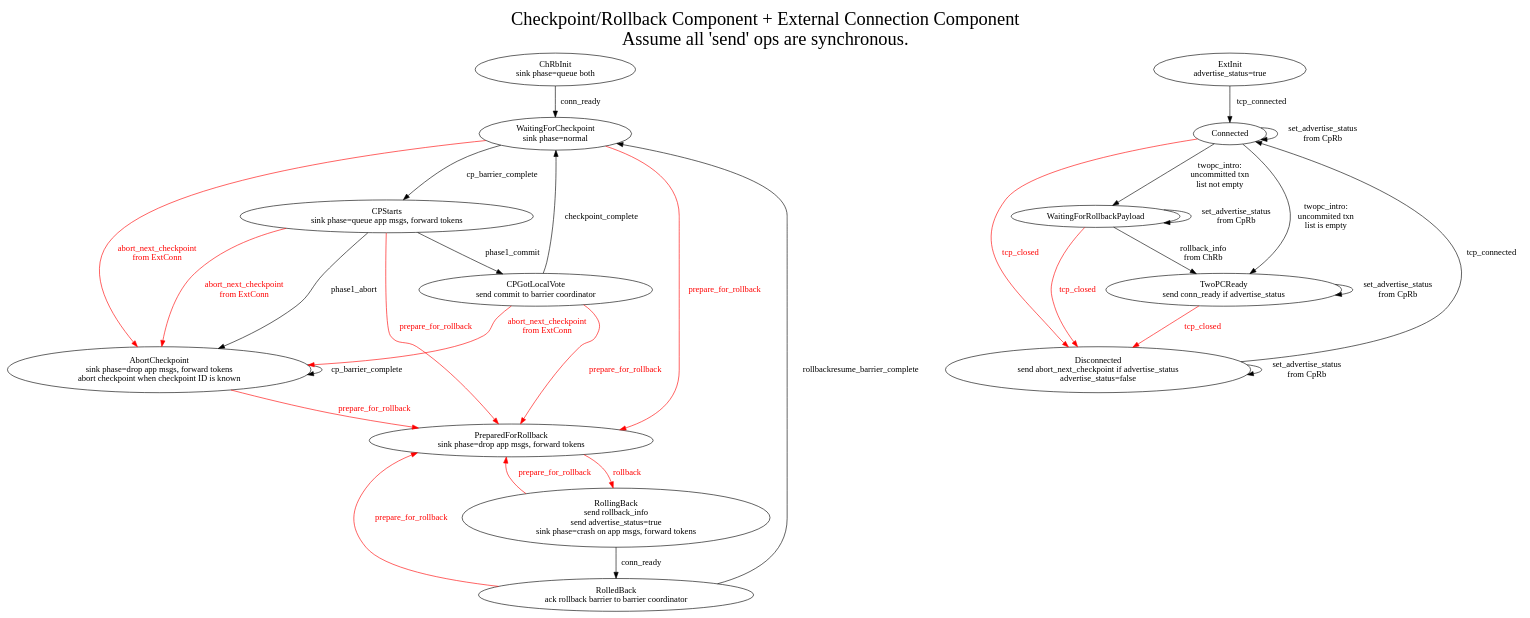
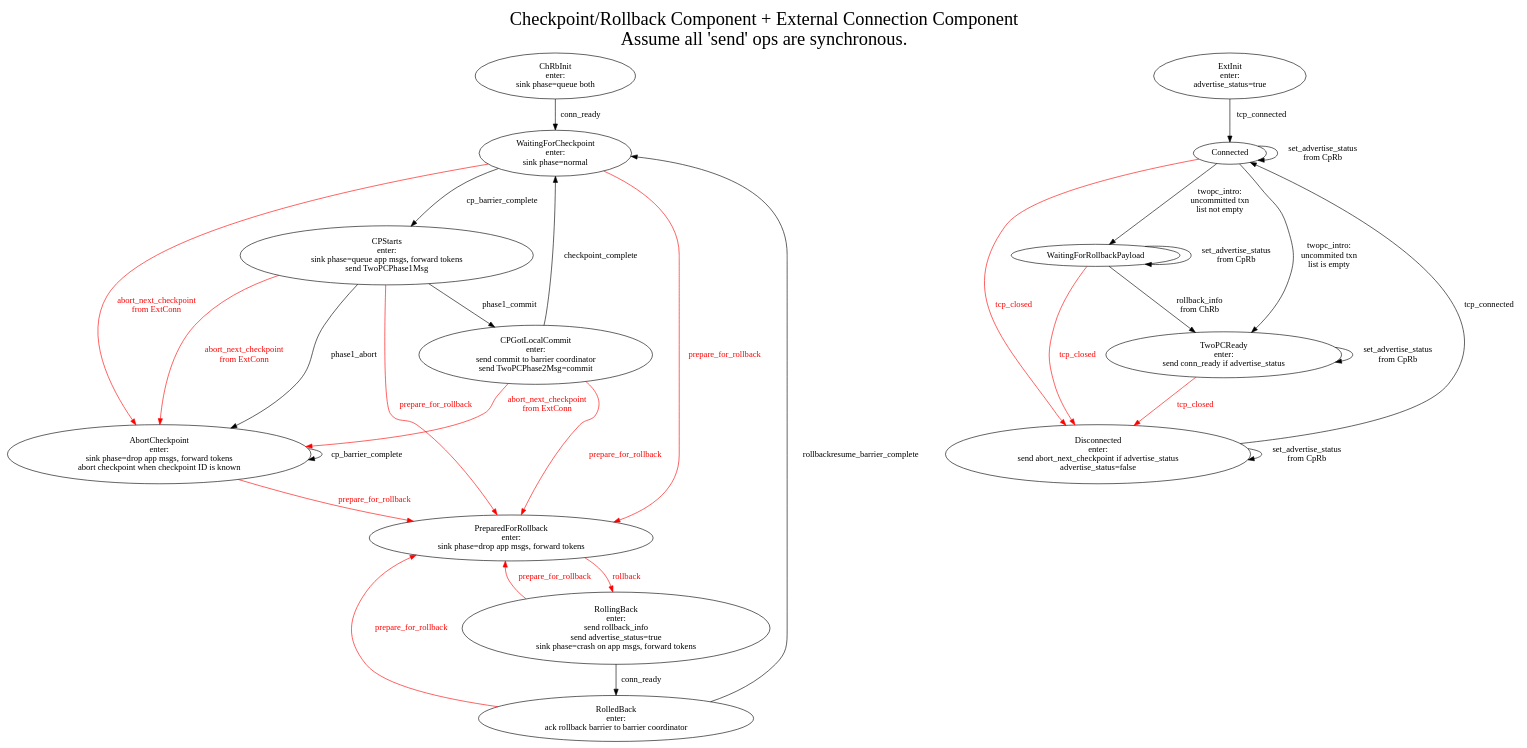
Before and after one commit to WallarooLabs/wally: the diagram in lib/wallaroo/core/sink/connector_sink/connector-sink-2pc-management.dot, drawn with Graphviz. The commit also changed 4 other files, not shown here.

```diff
--- a/lib/wallaroo/core/sink/connector_sink/connector-sink-2pc-management.dot
+++ b/lib/wallaroo/core/sink/connector_sink/connector-sink-2pc-management.dot
@@ -1,81 +1,81 @@
 digraph mashup {
     graph [label="Checkpoint/Rollback Component + External Connection Component\nAssume all 'send' ops are synchronous.",labelloc=t,fontsize=30];
 
     ## BEGIN LEFT
     subgraph checkpoint_rollback_component {
 	graph [label="SUB Checkpoint/Rollback Component",labelloc=t,fontsize=20];
 
 	// Subgraphs
 	subgraph init {
-            ChRbInit [label="ChRbInit\nsink phase=queue both"];
+            ChRbInit [label="ChRbInit\nenter:\nsink phase=queue both"];
 	}
 	subgraph cp {
-            WaitingForCheckpoint [label="WaitingForCheckpoint\nsink phase=normal"];
-            AbortCheckpoint [label="AbortCheckpoint\nsink phase=drop app msgs, forward tokens\nabort checkpoint when checkpoint ID is known"];
+            WaitingForCheckpoint [label="WaitingForCheckpoint\nenter:\nsink phase=normal"];
+            AbortCheckpoint [label="AbortCheckpoint\nenter:\nsink phase=drop app msgs, forward tokens\nabort checkpoint when checkpoint ID is known"];
 	}
 	subgraph sacp {
-            CPStarts [label="CPStarts\nsink phase=queue app msgs, forward tokens"];
-            CPGotLocalVote [label="CPGotLocalVote\nsend commit to barrier coordinator"];
+            CPStarts [label="CPStarts\nenter:\nsink phase=queue app msgs, forward tokens\nsend TwoPCPhase1Msg"];
+            CPGotLocalCommit [label="CPGotLocalCommit\nenter:\nsend commit to barrier coordinator\nsend TwoPCPhase2Msg=commit"];
             // CPGotGlobalVote; // Can we remove this node?
 
-                                    CPStarts -> CPGotLocalVote [label="phase1_commit"];
+            CPStarts -> CPGotLocalCommit [label="phase1_commit"];
             CPStarts -> AbortCheckpoint [label="phase1_abort"];
-            CPGotLocalVote -> WaitingForCheckpoint [label="checkpoint_complete"];
+            CPGotLocalCommit -> WaitingForCheckpoint [label="checkpoint_complete"];
 	}
 	subgraph rollback {
-            PreparedForRollback [label="PreparedForRollback\nsink phase=drop app msgs, forward tokens"];
-            RollingBack [label="RollingBack\nsend rollback_info\nsend advertise_status=true\nsink phase=crash on app msgs, forward tokens"];
-            RolledBack [label="RolledBack\nack rollback barrier to barrier coordinator"];
+            PreparedForRollback [label="PreparedForRollback\nenter:\nsink phase=drop app msgs, forward tokens"];
+            RollingBack [label="RollingBack\nenter:\nsend rollback_info\nsend advertise_status=true\nsink phase=crash on app msgs, forward tokens"];
+            RolledBack [label="RolledBack\nenter:\nack rollback barrier to barrier coordinator"];
 
             PreparedForRollback -> RollingBack [label="rollback",fontcolor=red,color=red];
 	}
 
 	// Other Edges
 	ChRbInit -> WaitingForCheckpoint [label="conn_ready"];
 
 	WaitingForCheckpoint -> CPStarts [label="cp_barrier_complete"];
 	AbortCheckpoint -> AbortCheckpoint [label="cp_barrier_complete"];
 
 	WaitingForCheckpoint -> PreparedForRollback [label="prepare_for_rollback",fontcolor=red,color=red];
 	AbortCheckpoint -> PreparedForRollback [label="prepare_for_rollback",fontcolor=red,color=red];
 	CPStarts -> PreparedForRollback [label="prepare_for_rollback",fontcolor=red,color=red];
-	CPGotLocalVote -> PreparedForRollback [label="prepare_for_rollback",fontcolor=red,color=red];
+	CPGotLocalCommit -> PreparedForRollback [label="prepare_for_rollback",fontcolor=red,color=red];
 
 	WaitingForCheckpoint -> AbortCheckpoint [label="abort_next_checkpoint\nfrom ExtConn",fontcolor=red,color=red];
 	CPStarts -> AbortCheckpoint [label="abort_next_checkpoint\nfrom ExtConn",fontcolor=red,color=red];
-	CPGotLocalVote -> AbortCheckpoint [label="abort_next_checkpoint\nfrom ExtConn",fontcolor=red,color=red];
+	CPGotLocalCommit -> AbortCheckpoint [label="abort_next_checkpoint\nfrom ExtConn",fontcolor=red,color=red];
 
 	RollingBack -> RolledBack [label="conn_ready"];
 	RollingBack -> PreparedForRollback [label="prepare_for_rollback",fontcolor=red,color=red];
 
 	RolledBack -> WaitingForCheckpoint [label="rollbackresume_barrier_complete"];
 	RolledBack -> PreparedForRollback [label="prepare_for_rollback",fontcolor=red,color=red];
     }
     ## END LEFT
 
     ## BEGIN RIGHT
     subgraph external_connection_component {
         graph [label="External Connection Component",labelloc=t,fontsize=30];
 
-        ExtInit [label="ExtInit\nadvertise_status=true"];
+        ExtInit [label="ExtInit\nenter:\nadvertise_status=true"];
         ExtInit -> Connected [label="tcp_connected"];
         Connected -> Disconnected [label="tcp_closed",fontcolor=red,color=red];
         Connected -> Connected [label="set_advertise_status\nfrom CpRb"];
-        Disconnected [label="Disconnected\nsend abort_next_checkpoint if advertise_status\nadvertise_status=false"];
+        Disconnected [label="Disconnected\nenter:\nsend abort_next_checkpoint if advertise_status\nadvertise_status=false"];
         Disconnected -> Connected [label="tcp_connected"];
         Disconnected -> Disconnected [label="set_advertise_status\nfrom CpRb"];
         Connected -> WaitingForRollbackPayload [label="twopc_intro:\nuncommitted txn\nlist not empty"];
         Connected -> TwoPCReady [label="twopc_intro:\nuncommited txn\nlist is empty"];
         WaitingForRollbackPayload -> TwoPCReady [label="rollback_info\nfrom ChRb"];
         WaitingForRollbackPayload -> WaitingForRollbackPayload [label="set_advertise_status\nfrom CpRb"];
         WaitingForRollbackPayload -> Disconnected [label="tcp_closed",fontcolor=red,color=red];
 
-        TwoPCReady [label="TwoPCReady\nsend conn_ready if advertise_status"]
+        TwoPCReady [label="TwoPCReady\nenter:\nsend conn_ready if advertise_status"]
         TwoPCReady -> Disconnected [label="tcp_closed",fontcolor=red,color=red];
         TwoPCReady -> TwoPCReady [label="set_advertise_status\nfrom CpRb"]
     }
     # END RIGHT
 
     {rank=same; ChRbInit; ExtInit; };
     ## {rank=same; Disconnected; RollingBack; ; };
 }
```
